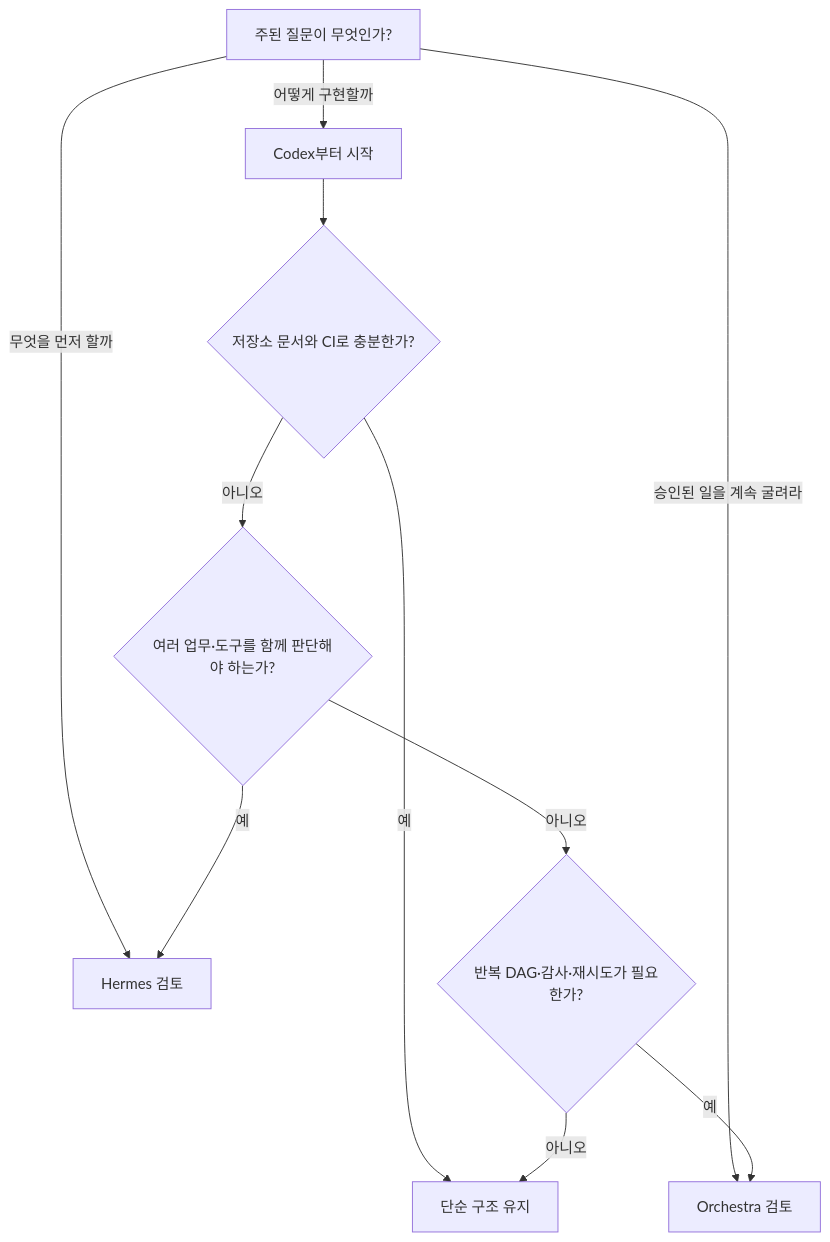
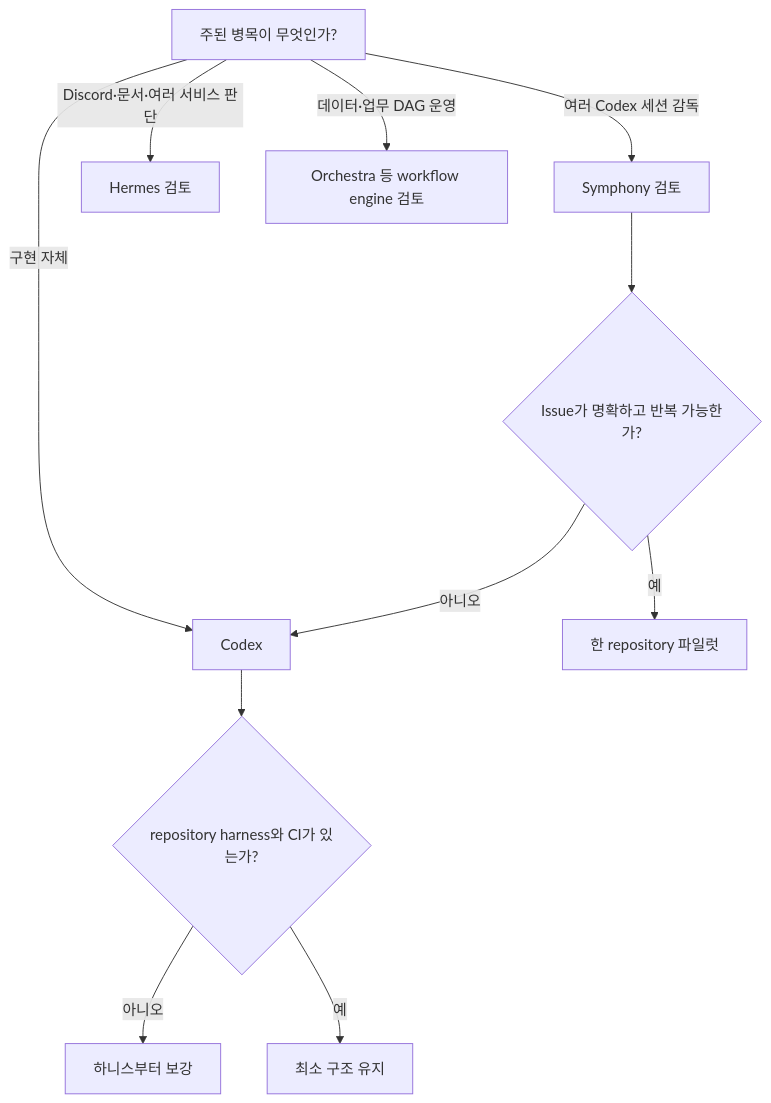
Before and after one commit to yjs000/wiki: the tenth of 11 diagrams in docs/ai-agent-systems/harness-engineering-codex-hermes-orchestra.md, drawn with Mermaid. The commit also changed other lines of this file and 6 other files, not shown here.

````diff
--- a/docs/ai-agent-systems/harness-engineering-codex-hermes-orchestra.md
+++ b/docs/ai-agent-systems/harness-engineering-codex-hermes-orchestra.md
@@ -882,14 +685,14 @@
 ```mermaid
 flowchart TD
-    A[주된 질문이 무엇인가?]
-    A -->|어떻게 구현할까| C[Codex부터 시작]
-    A -->|무엇을 먼저 할까| H[Hermes 검토]
-    A -->|승인된 일을 계속 굴려라| O[Orchestra 검토]
-    C --> X{저장소 문서와 CI로 충분한가?}
-    X -- 예 --> S[단순 구조 유지]
-    X -- 아니오 --> Y{여러 업무·도구를 함께 판단해야 하는가?}
-    Y -- 예 --> H
-    Y -- 아니오 --> Z{반복 DAG·감사·재시도가 필요한가?}
-    Z -- 예 --> O
-    Z -- 아니오 --> S
+    A[주된 병목이 무엇인가?]
+    A -->|구현 자체| C[Codex]
+    A -->|여러 Codex 세션 감독| S[Symphony 검토]
+    A -->|Discord·문서·여러 서비스 판단| H[Hermes 검토]
+    A -->|데이터·업무 DAG 운영| O[Orchestra 등 workflow engine 검토]
+    C --> V{repository harness와 CI가 있는가?}
+    V -- 아니오 --> R[하니스부터 보강]
+    V -- 예 --> X[최소 구조 유지]
+    S --> T{Issue가 명확하고 반복 가능한가?}
+    T -- 아니오 --> C
+    T -- 예 --> P[한 repository 파일럿]
 ```
````
